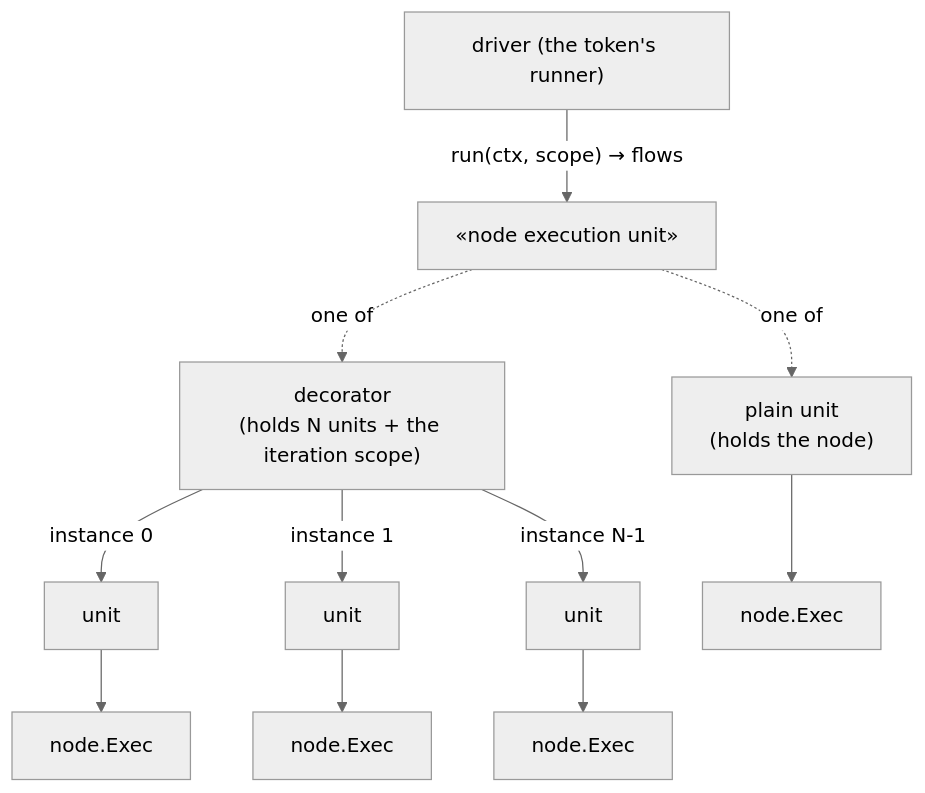
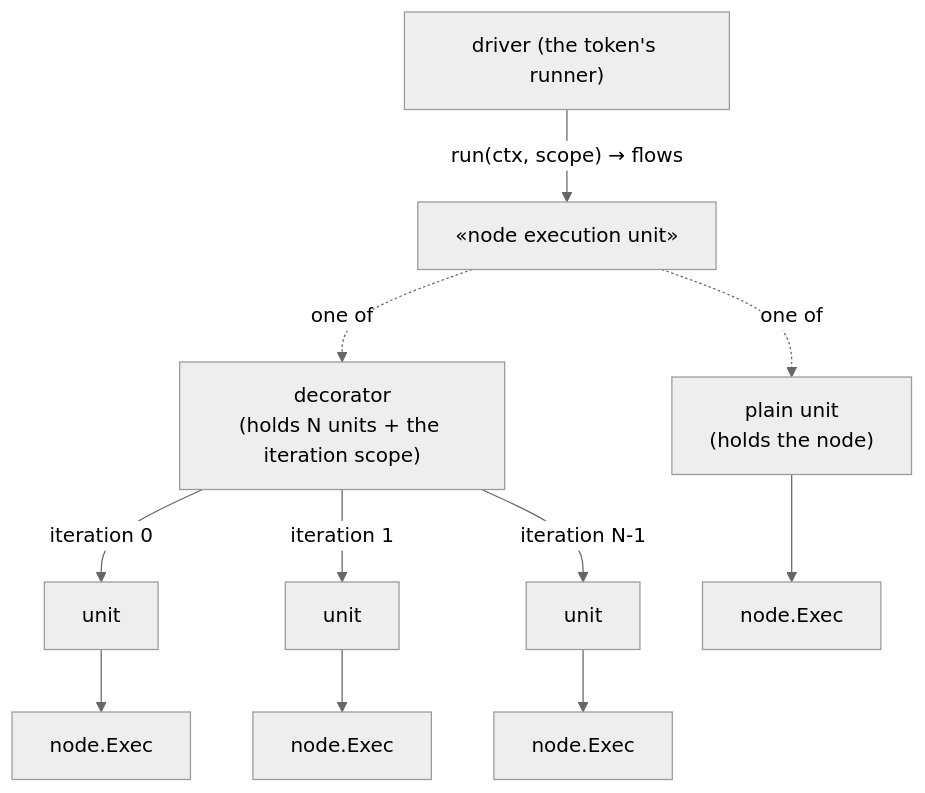
The first of 4 diagrams in docs/design/ADR-025-activity-iteration-loop-and-multi-instance.md (dr-dobermann/gobpm), drawn with Mermaid (neutral theme) before and after one commit. The commit also changed other lines of this file and 160 other files, not shown here.

````diff
--- a/docs/design/ADR-025-activity-iteration-loop-and-multi-instance.md
+++ b/docs/design/ADR-025-activity-iteration-loop-and-multi-instance.md
@@ -1258,13 +1258,13 @@
 ```mermaid
 flowchart TD
     drv["driver (the token's runner)"] -->|"run(ctx, scope) → flows"| U["«node execution unit»"]
     U -.->|"one of"| P["plain unit<br/>(holds the node)"]
     U -.->|"one of"| D["decorator<br/>(holds N units + the iteration scope)"]
-    D -->|"instance 0"| P0["unit"]
-    D -->|"instance 1"| P1["unit"]
-    D -->|"instance N-1"| PN["unit"]
+    D -->|"iteration 0"| P0["unit"]
+    D -->|"iteration 1"| P1["unit"]
+    D -->|"iteration N-1"| PN["unit"]
     P --> N1["node.Exec"]
     P0 --> N2["node.Exec"]
     P1 --> N3["node.Exec"]
     PN --> N4["node.Exec"]
 ```
````
